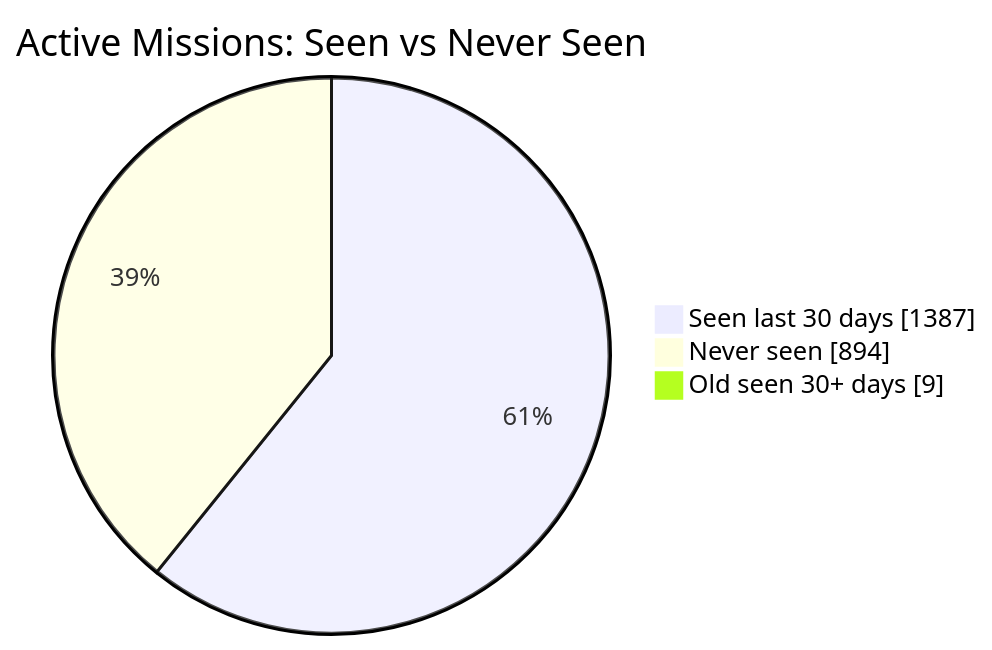
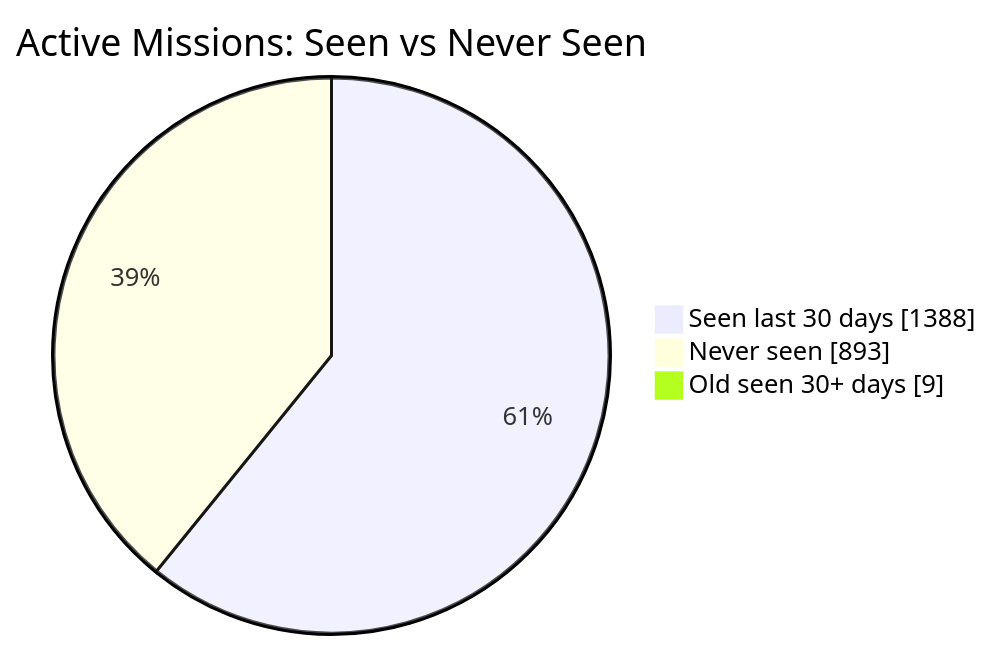
The first of 2 diagrams in README.md (MeldkamerspelGameTeam/active-missions), drawn with Mermaid before and after one commit. The commit also changed other lines of this file and 3 other files, not shown here.

````diff
--- a/README.md
+++ b/README.md
@@ -34,7 +34,7 @@
 ```mermaid
 pie showData
     title Active Missions: Seen vs Never Seen
-    "Seen last 30 days" : 1387
-    "Never seen" : 894
+    "Seen last 30 days" : 1388
+    "Never seen" : 893
     "Old seen 30+ days" : 9
 ```
````
